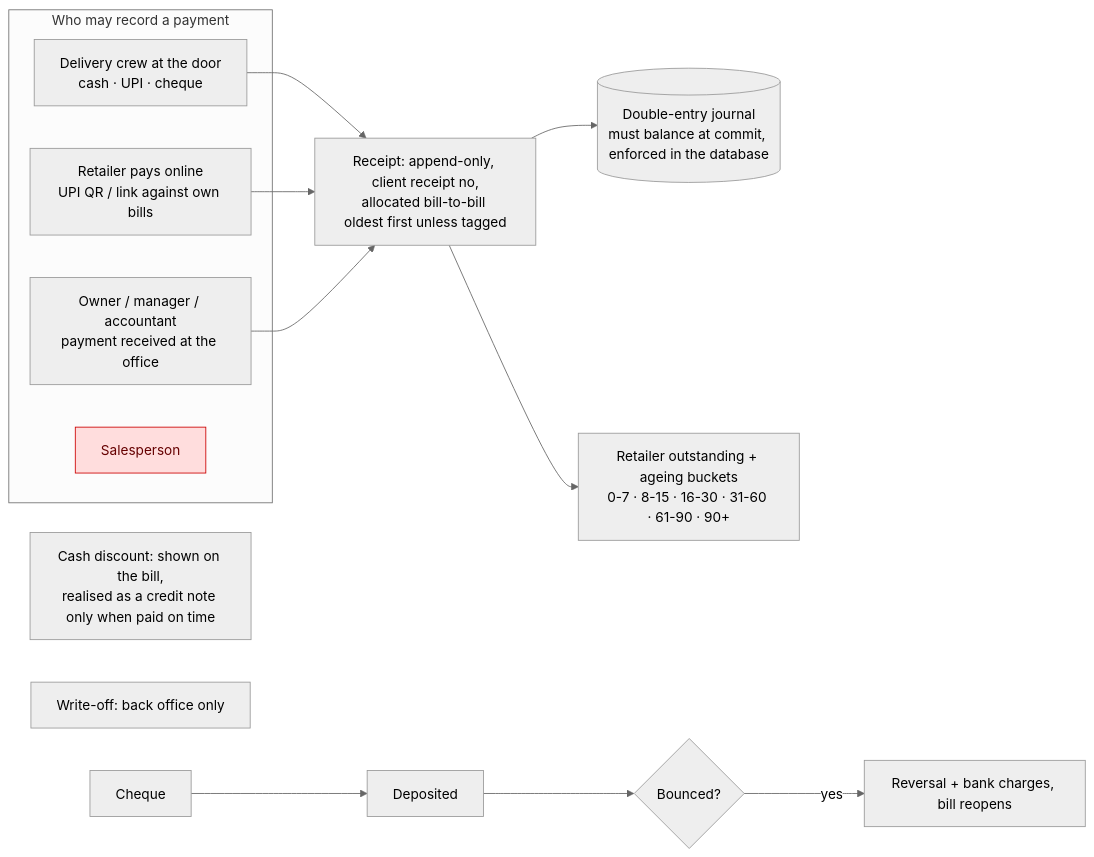
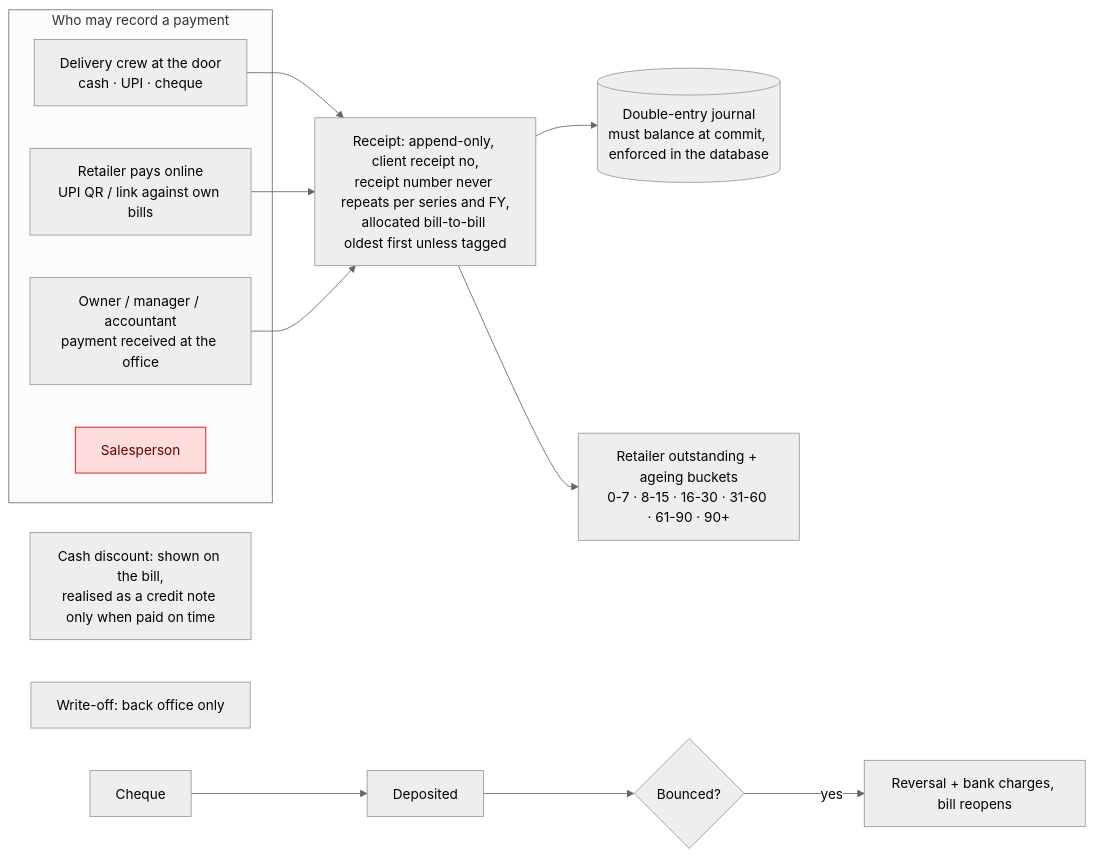
One commit to prajwalchavan/Distribution-OS changed the fourth of 5 diagrams in docs/22-source-of-truth.md. Above: the diagram before and after it, drawn with Mermaid (neutral theme). The commit also changed other lines of this file and 1 other file, not shown here.

Commit message:
docs/22: QA batch 1 founder decisions (console levels, who departs a trip, statement as text, offline photo in the queued delivery, unique receipt numbers), §4 corrected to stock leaving at pack (DOS-039), four open questions; artifact republished

````diff
--- a/docs/22-source-of-truth.md
+++ b/docs/22-source-of-truth.md
@@ -167,17 +170,17 @@
 ```mermaid
 flowchart LR
   subgraph collect [Who may record a payment]
     DL[Delivery crew at the door<br/>cash · UPI · cheque]
     RT[Retailer pays online<br/>UPI QR / link against own bills]
     DESK[Owner / manager / accountant<br/>payment received at the office]
     SP[Salesperson]:::no
   end
-  DL & RT & DESK --> RC[Receipt: append-only, client receipt no,<br/>allocated bill-to-bill oldest first unless tagged]
+  DL & RT & DESK --> RC[Receipt: append-only, client receipt no,<br/>receipt number never repeats per series and FY,<br/>allocated bill-to-bill oldest first unless tagged]
   RC --> J[(Double-entry journal<br/>must balance at commit, enforced in the database)]
   RC --> OUT[Retailer outstanding + ageing buckets<br/>0-7 · 8-15 · 16-30 · 31-60 · 61-90 · 90+]
   CHQ[Cheque] --> DEP[Deposited] --> BNC{Bounced?}
   BNC -- yes --> REV[Reversal + bank charges, bill reopens]
   CD[Cash discount: shown on the bill,<br/>realised as a credit note only when paid on time]
   WO[Write-off: back office only]
   classDef no fill:#fdd,stroke:#c00,color:#600
 ```
````
